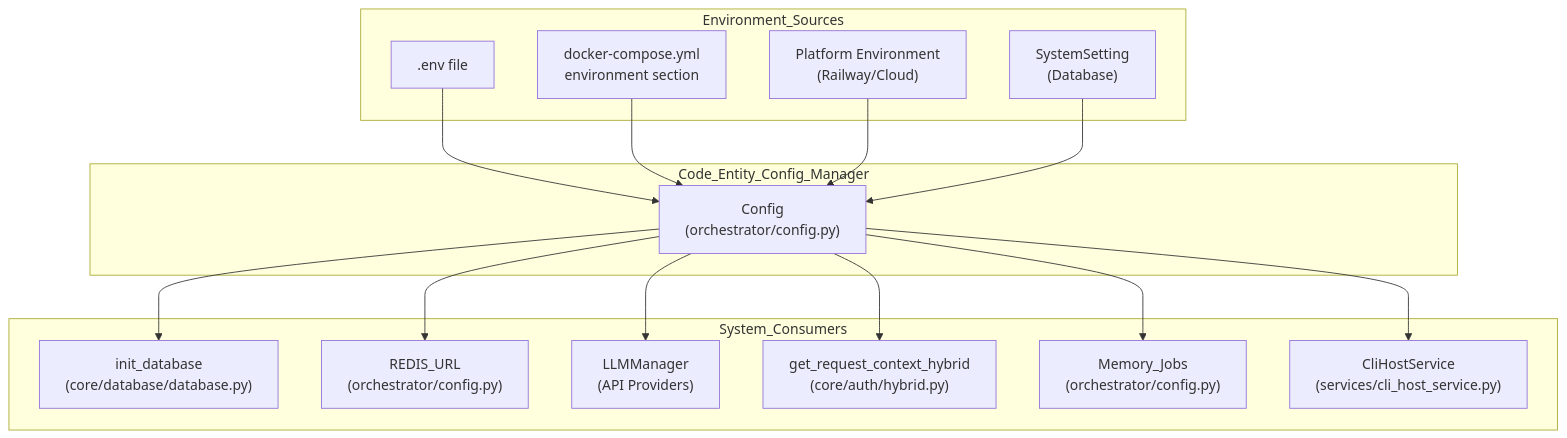
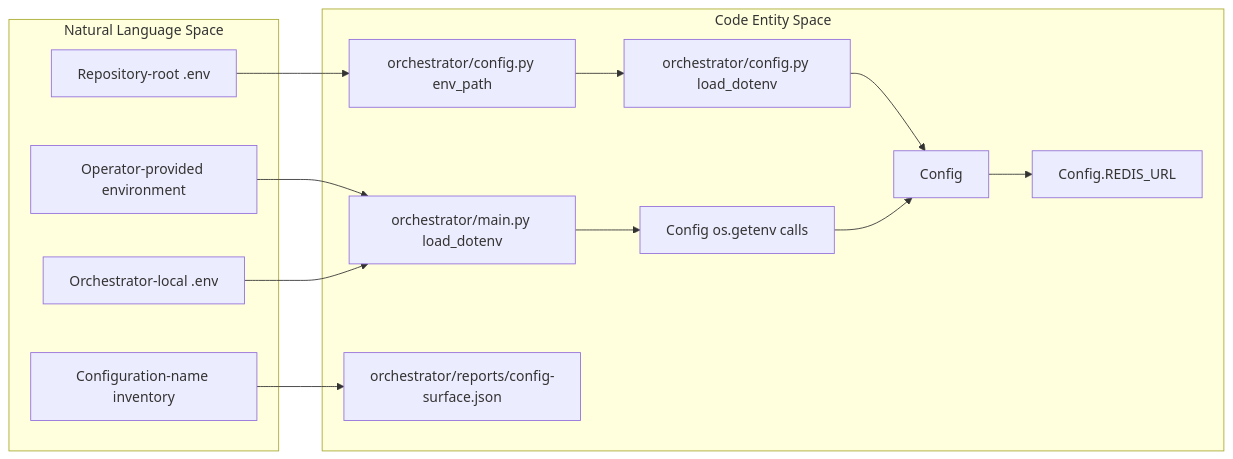
Before and after one commit to AutomatosAI/automatos-ai: the first of 3 diagrams in docs/deployment-infrastructure/environment-variables.md, drawn with Mermaid. The commit also changed other lines of this file and 188 other files, not shown here.

First line of the commit message:
docs: refresh architecture docs and add coverage for new subsystems (#1416)

````diff
--- a/docs/deployment-infrastructure/environment-variables.md
+++ b/docs/deployment-infrastructure/environment-variables.md
@@ -61,34 +67,29 @@
 ```mermaid
-graph TB
-    subgraph "Environment_Sources"
-        EnvFile[".env file"]
-        ComposeEnv["docker-compose.yml<br/>environment section"]
-        PlatformEnv["Platform Environment<br/>(Railway/Cloud)"]
-        SystemSettingsDB["SystemSetting<br/>(Database)"]
+flowchart LR
+    subgraph "Natural Language Space"
+        Operator["Operator-provided environment"]
+        RootDotEnv["Repository-root .env"]
+        OrchestratorDotEnv["Orchestrator-local .env"]
+        Inventory["Configuration-name inventory"]
     end
-    
-    subgraph "Code_Entity_Config_Manager"
-        ConfigModule["Config<br/>(orchestrator/config.py)"]
+
+    subgraph "Code Entity Space"
+        MainLoad["orchestrator/main.py load_dotenv"]
+        ConfigPath["orchestrator/config.py env_path"]
+        ConfigLoad["orchestrator/config.py load_dotenv"]
+        GetEnv["Config os.getenv calls"]
+        ConfigClass["Config"]
+        RedisProperty["Config.REDIS_URL"]
+        Surface["orchestrator/reports/config-surface.json"]
     end
-    
-    EnvFile --> ConfigModule
-    ComposeEnv --> ConfigModule
-    PlatformEnv --> ConfigModule
-    SystemSettingsDB --> ConfigModule
-    
-    subgraph "System_Consumers"
-        DB["init_database<br/>(core/database/database.py)"]
-        RedisSvc["REDIS_URL<br/>(orchestrator/config.py)"]
-        LLM["LLMManager<br/>(API Providers)"]
-        Auth["get_request_context_hybrid<br/>(core/auth/hybrid.py)"]
-        MemoryJobs["Memory_Jobs<br/>(orchestrator/config.py)"]
-        CliHostService["CliHostService<br/>(services/cli_host_service.py)"]
-    end
-    
-    ConfigModule --> DB
-    ConfigModule --> RedisSvc
-    ConfigModule --> LLM
-    ConfigModule --> Auth
-    ConfigModule --> MemoryJobs
-    ConfigModule --> CliHostService
+
+    Operator --> MainLoad
+    OrchestratorDotEnv --> MainLoad
+    MainLoad --> GetEnv
+    RootDotEnv --> ConfigPath
+    ConfigPath --> ConfigLoad
+    ConfigLoad --> ConfigClass
+    GetEnv --> ConfigClass
+    ConfigClass --> RedisProperty
+    Inventory --> Surface
 ```
````
